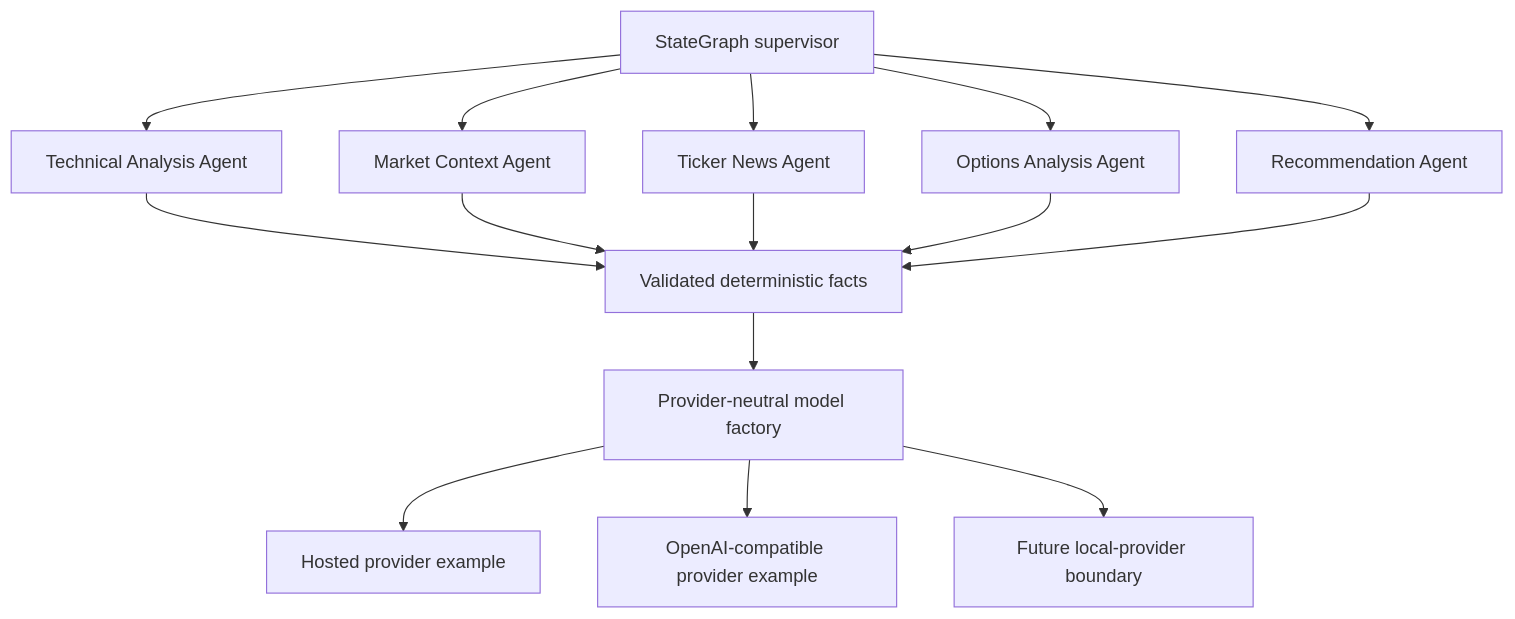
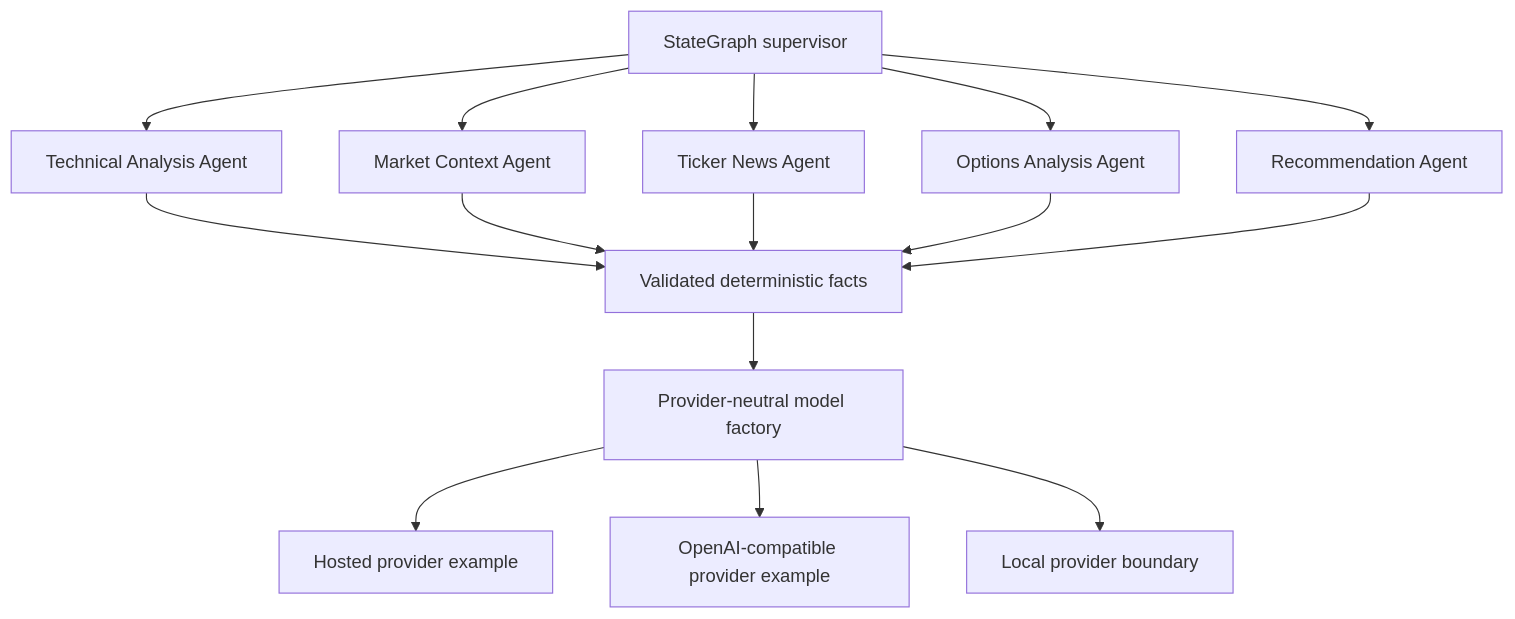
One commit to syrvil/OptionAI-portfolio changed the second of 2 diagrams in docs/architecture.md. Above: the diagram before and after it, drawn with Mermaid. The commit also changed other lines of this file and 4 other files, not shown here.

````diff
--- a/docs/architecture.md
+++ b/docs/architecture.md
@@ -67,29 +67,29 @@
 ```mermaid
 flowchart TD
     SUPERVISOR[StateGraph supervisor]
     TECH[Technical Analysis Agent]
     MARKET[Market Context Agent]
     NEWS[Ticker News Agent]
     OPTIONS[Options Analysis Agent]
     RECOMMEND[Recommendation Agent]
     FACTS[Validated deterministic facts]
     FACTORY[Provider-neutral model factory]
     GEMINI[Hosted provider example]
     OPENAI[OpenAI-compatible provider example]
-    LOCAL[Future local-provider boundary]
+    LOCAL[Local provider boundary]
 
     SUPERVISOR --> TECH
     SUPERVISOR --> MARKET
     SUPERVISOR --> NEWS
     SUPERVISOR --> OPTIONS
     SUPERVISOR --> RECOMMEND
     TECH --> FACTS
     MARKET --> FACTS
     NEWS --> FACTS
     OPTIONS --> FACTS
     RECOMMEND --> FACTS
     FACTS --> FACTORY
     FACTORY --> GEMINI
     FACTORY --> OPENAI
     FACTORY --> LOCAL
 ```
````
